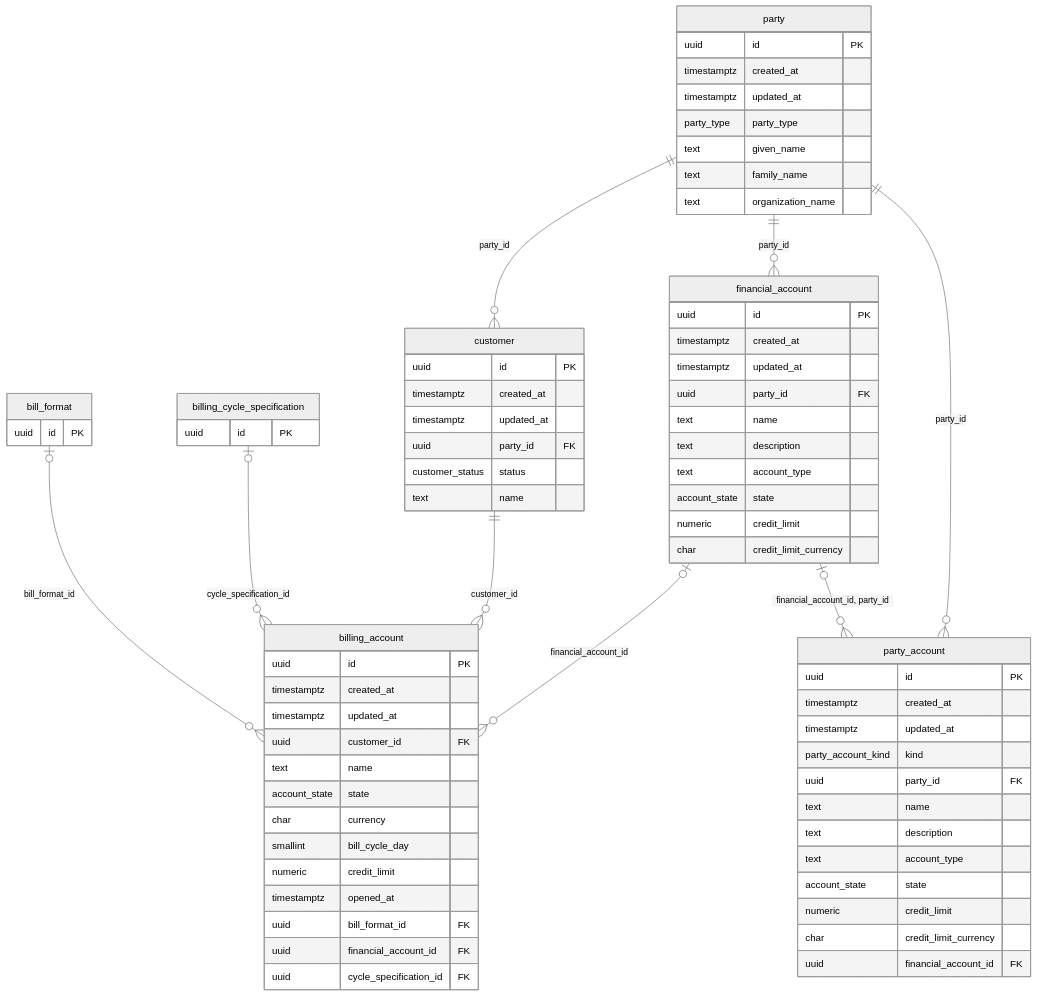
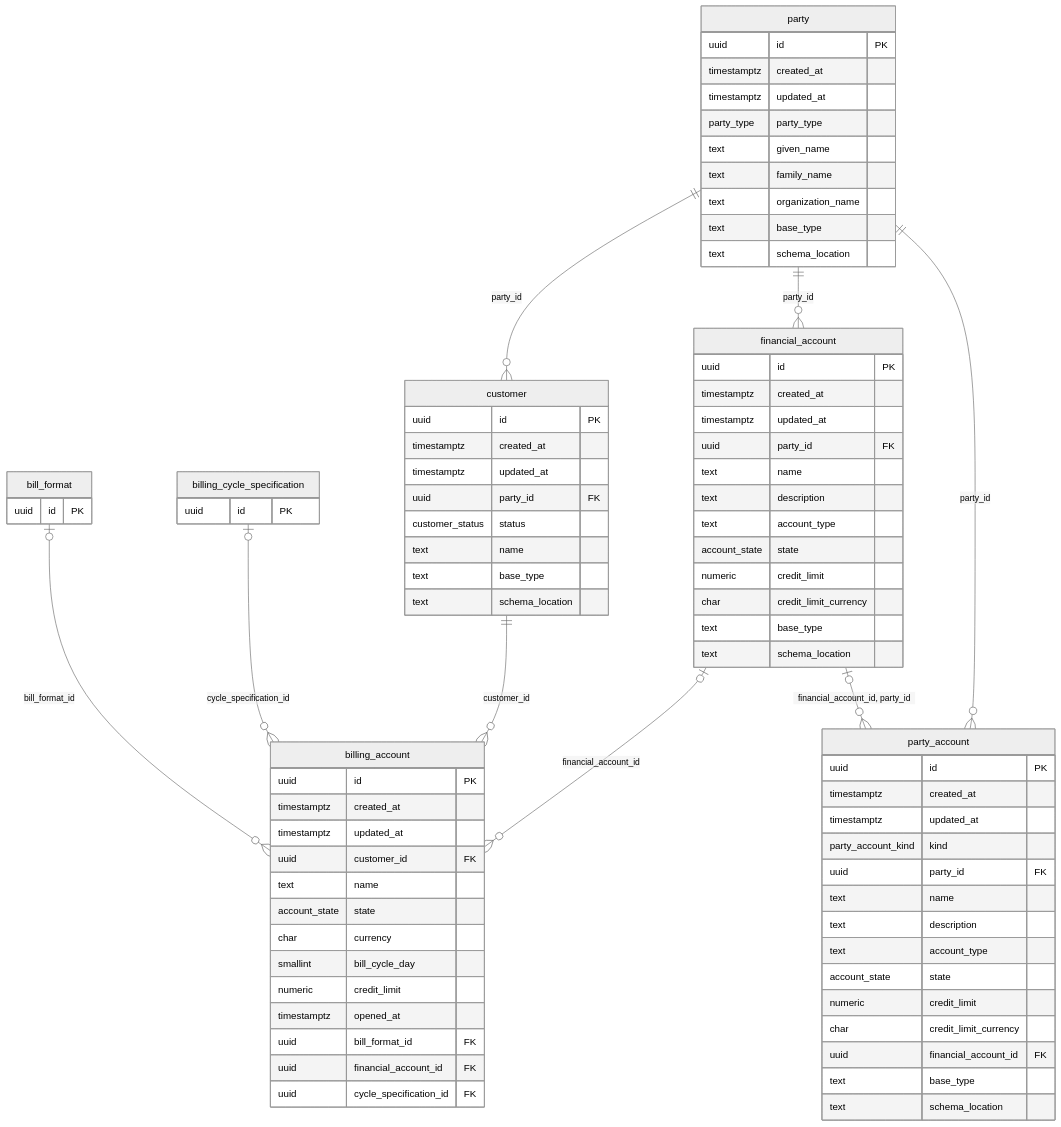
Before and after one commit to altharmz/bss: the second of 8 diagrams in docs/db/README.md, drawn with Mermaid (neutral theme). The commit also changed other lines of this file and 68 other files, not shown here.

```diff
--- a/docs/db/README.md
+++ b/docs/db/README.md
@@ -168,6 +168,8 @@
     text given_name
     text family_name
     text organization_name
+    text base_type
+    text schema_location
   }
   customer {
     uuid id PK
@@ -176,6 +178,8 @@
     uuid party_id FK
     customer_status status
     text name
+    text base_type
+    text schema_location
   }
   billing_account {
     uuid id PK
@@ -203,6 +207,8 @@
     account_state state
     numeric credit_limit
     char credit_limit_currency
+    text base_type
+    text schema_location
   }
   party_account {
     uuid id PK
@@ -217,6 +223,8 @@
     numeric credit_limit
     char credit_limit_currency
     uuid financial_account_id FK
+    text base_type
+    text schema_location
   }
   bill_format {
     uuid id PK
```
